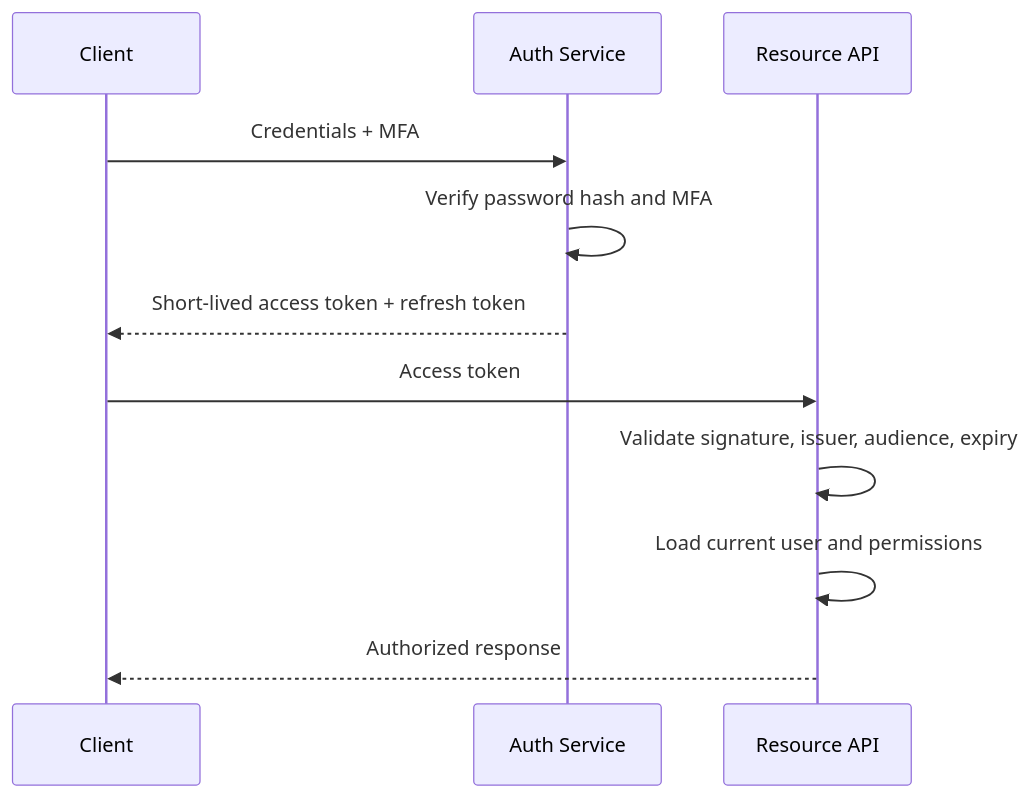
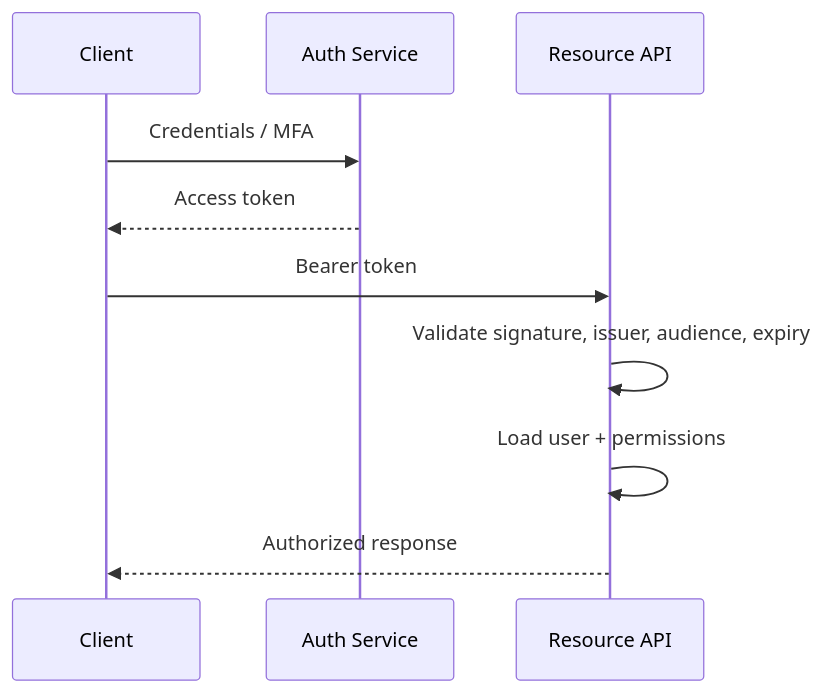
Before and after one commit to AvadhBhalodiya/Interview-Preparation: the second of 4 diagrams in src/content/security/owasp-api-top-10.md, drawn with Mermaid. The commit also changed other lines of this file and 54 other files, not shown here.

````diff
--- a/src/content/security/owasp-api-top-10.md
+++ b/src/content/security/owasp-api-top-10.md
@@ -294,14 +200,13 @@
 ```mermaid
 sequenceDiagram
     participant C as Client
     participant A as Auth Service
     participant API as Resource API
 
-    C->>A: Credentials + MFA
-    A->>A: Verify password hash and MFA
-    A-->>C: Short-lived access token + refresh token
-    C->>API: Access token
+    C->>A: Credentials / MFA
+    A-->>C: Access token
+    C->>API: Bearer token
     API->>API: Validate signature, issuer, audience, expiry
-    API->>API: Load current user and permissions
+    API->>API: Load user + permissions
     API-->>C: Authorized response
 ```
````
